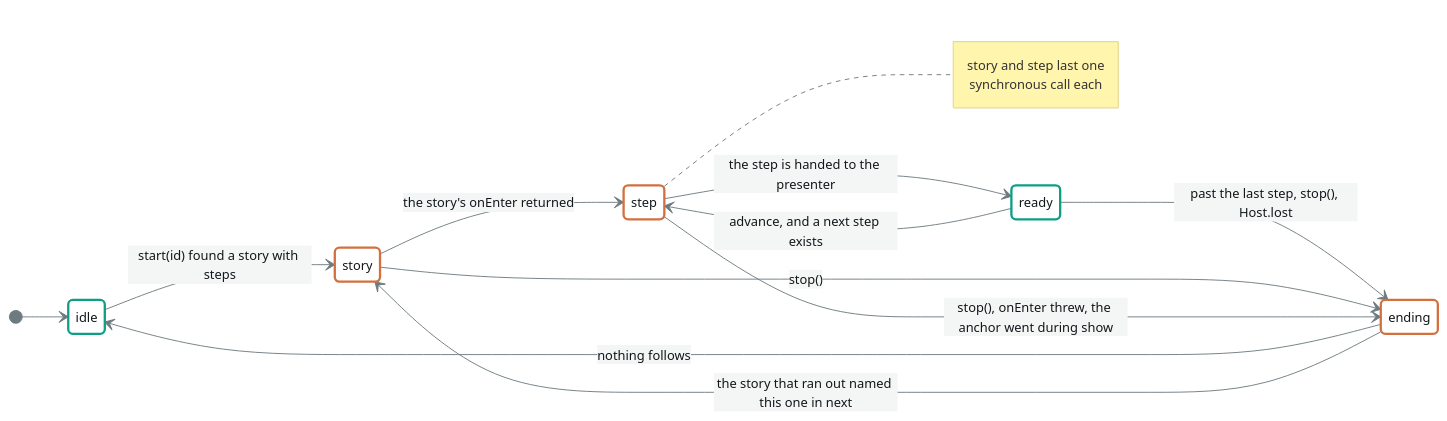
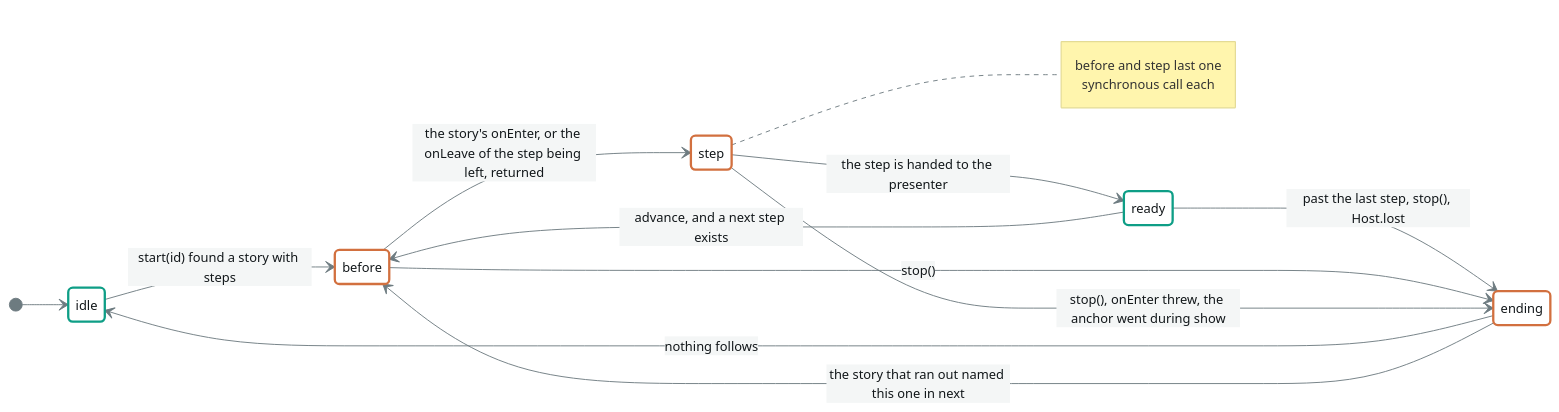
The first of 2 diagrams in packages/machine/model/phases.md (annetaan/leko), drawn with Mermaid before and after one commit. The commit also changed other lines of this file and 25 other files, not shown here.

First line of the commit message:
fix: a stop() from the onLeave of the step being left enters nothing after it (fixes #71) (#76)

````diff
--- a/packages/machine/model/phases.md
+++ b/packages/machine/model/phases.md
@@ -40,30 +40,30 @@
 ```mermaid
 %%{init: {'theme':'base','themeVariables':{'background':'#F4F6F6','primaryColor':'#FFFFFF','primaryTextColor':'#12171A','primaryBorderColor':'#9AA6A9','lineColor':'#6D7B80','textColor':'#12171A','edgeLabelBackground':'#F4F6F6','tertiaryColor':'#E9EDED','tertiaryTextColor':'#12171A','fontSize':'14px'}}}%%
 stateDiagram-v2
   direction LR
 
   [*] --> idle
-  idle --> story : start(id) found a story with steps
+  idle --> before : start(id) found a story with steps
 
-  story --> step : the story's onEnter returned
+  before --> step : the story's onEnter, or the onLeave of the step being left, returned
 
   step --> ready : the step is handed to the presenter
 
-  ready --> step : advance, and a next step exists
+  ready --> before : advance, and a next step exists
   ready --> ending : past the last step, stop(), Host.lost
-  story --> ending : stop()
+  before --> ending : stop()
   step --> ending : stop(), onEnter threw, the anchor went during show
   note right of step
-    story and step last one
+    before and step last one
     synchronous call each
   end note
 
   ending --> idle : nothing follows
-  ending --> story : the story that ran out named this one in next
+  ending --> before : the story that ran out named this one in next
 
   classDef open stroke:#0E9E86,stroke-width:2.5px
   classDef shut stroke:#D2703F,stroke-width:2.5px
 
   class idle,ready open
-  class story,step,ending shut
+  class before,step,ending shut
 ```
````
